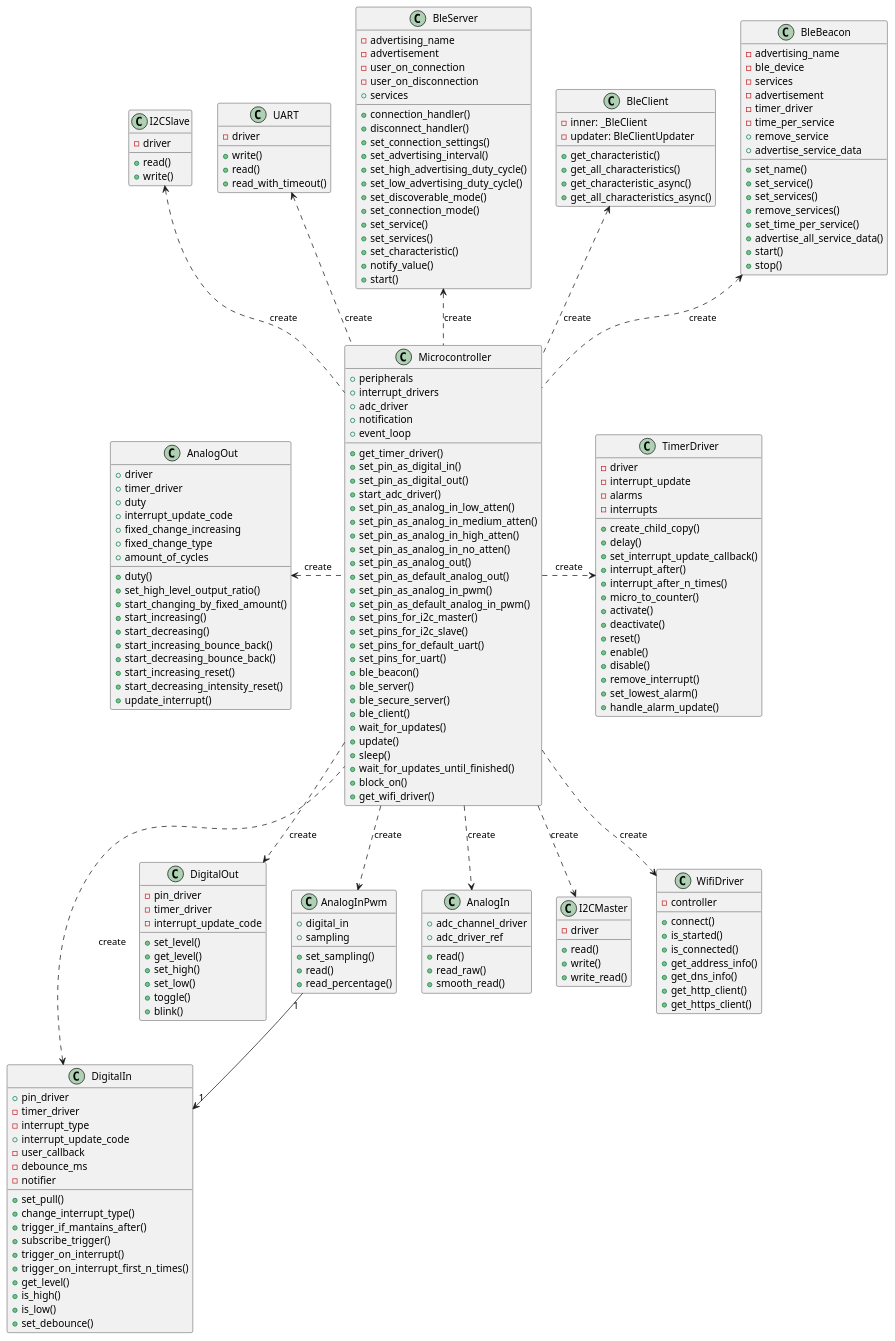
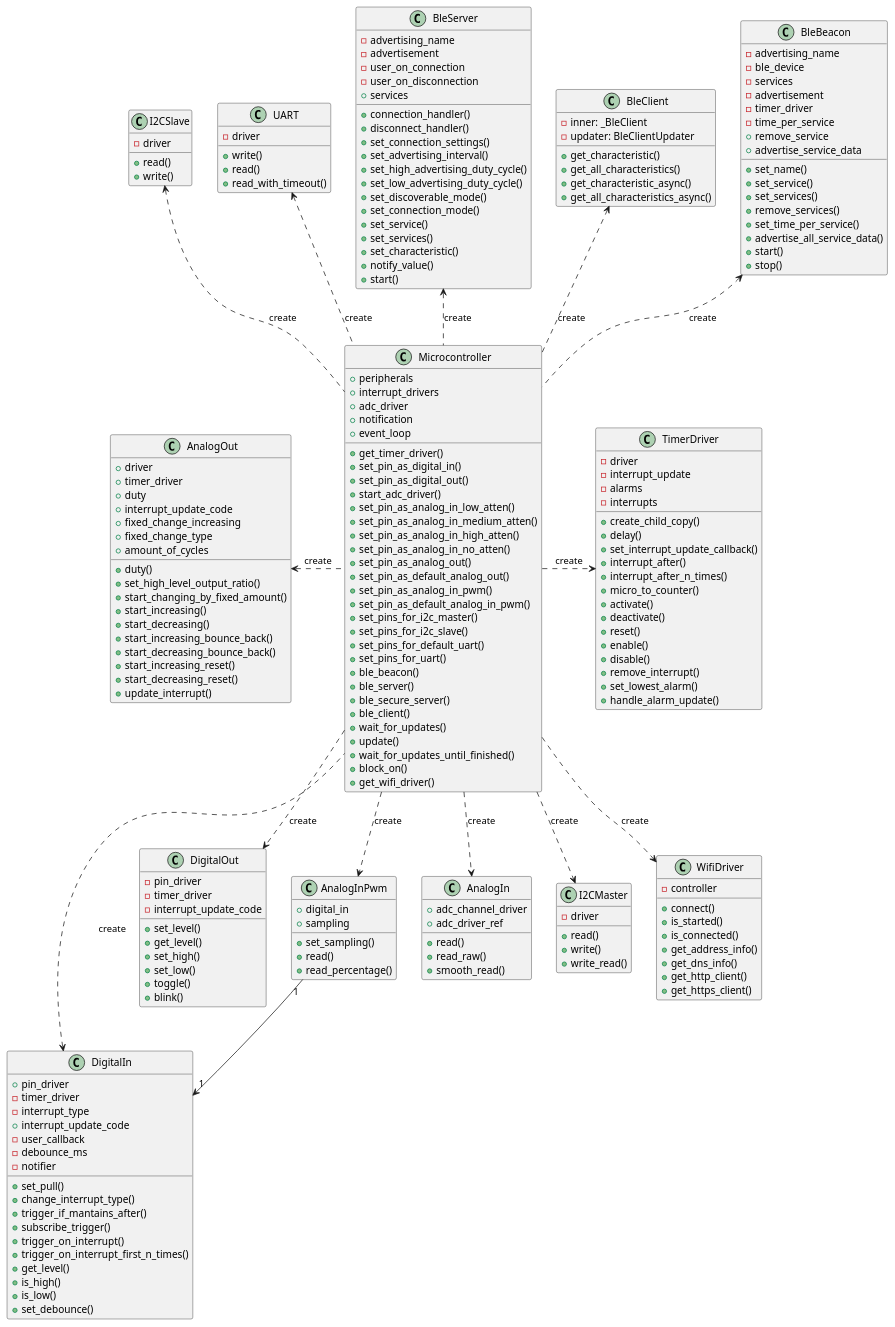
Before and after one commit to esp32framework/esp32framework: the diagram in diagrams/microcontroller-general.puml, drawn with PlantUML. The commit also changed 17 other files, not shown here.

```diff
--- a/diagrams/microcontroller-general.puml
+++ b/diagrams/microcontroller-general.puml
@@ -27,8 +27,7 @@
     + ble_secure_server() 
     + ble_client() 
     + wait_for_updates()
-    + update() 
-    + sleep() 
+    + update()
     + wait_for_updates_until_finished()
     + block_on()
     + get_wifi_driver()
@@ -120,7 +119,7 @@
     + start_increasing_bounce_back()
     + start_decreasing_bounce_back()
     + start_increasing_reset()
-    + start_decreasing_intensity_reset()
+    + start_decreasing_reset()
     + update_interrupt()
 }
 
```
